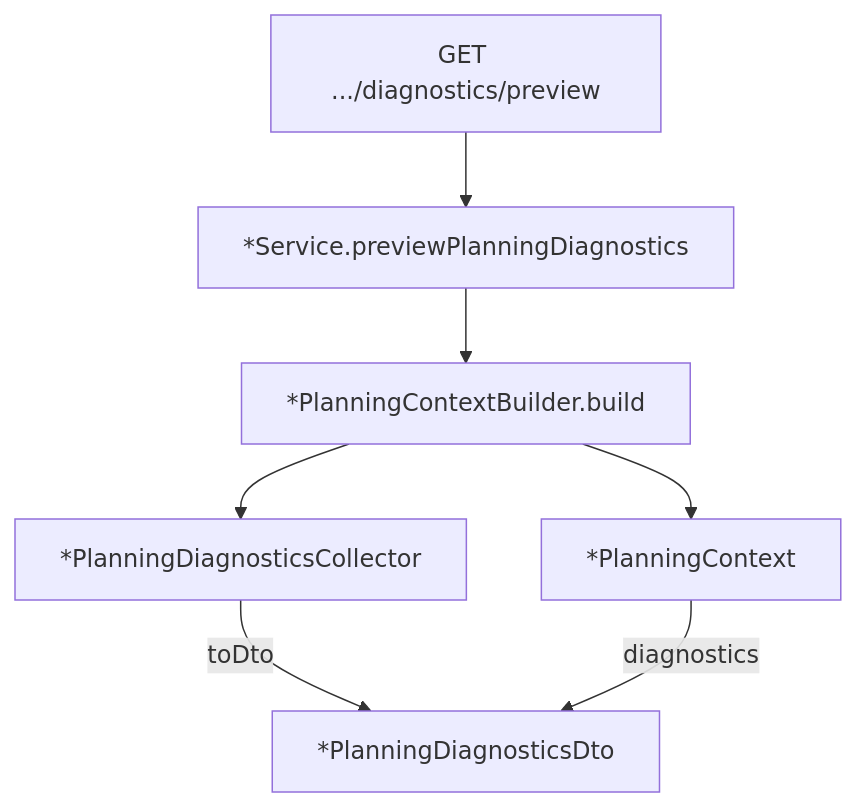
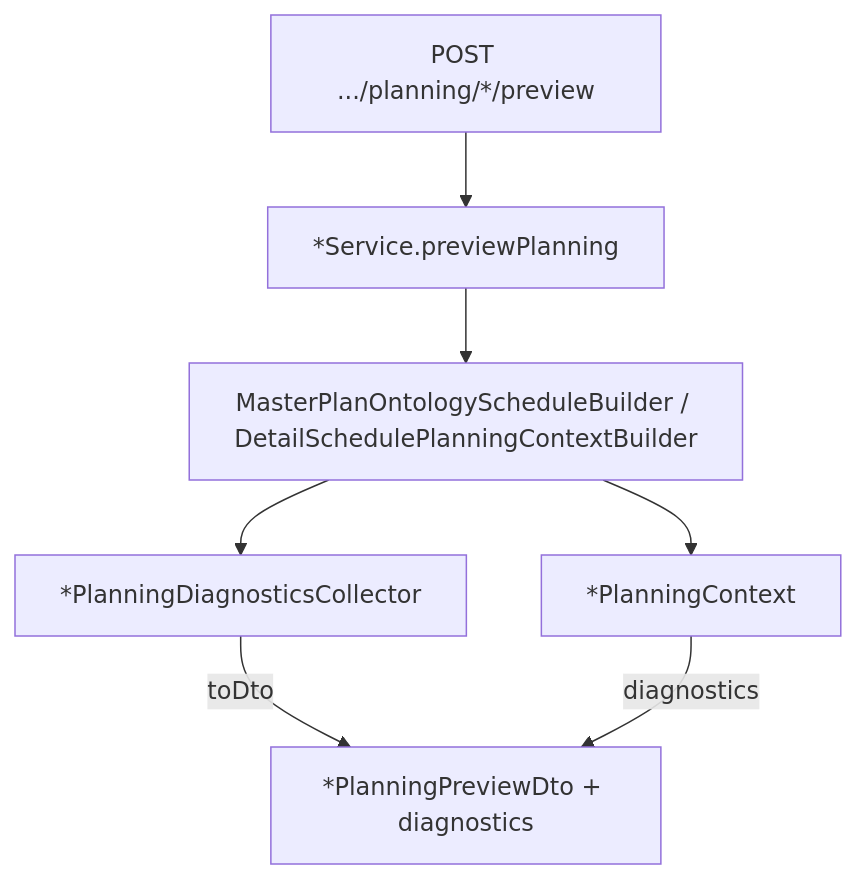
One commit to lujie1980-oss/plant-operation-plan changed the second of 2 diagrams in docs/aps-planning-layer.md. Above: the diagram before and after it, drawn with Mermaid. The commit also changed other lines of this file and 8 other files, not shown here.

````diff
--- a/docs/aps-planning-layer.md
+++ b/docs/aps-planning-layer.md
@@ -381,15 +386,15 @@
 ```mermaid
 flowchart TB
-  API["GET .../diagnostics/preview"]
-  SVC["*Service.previewPlanningDiagnostics"]
-  BLDR["*PlanningContextBuilder.build"]
+  API["POST .../planning/*/preview"]
+  SVC["*Service.previewPlanning"]
+  BLDR["MasterPlanOntologyScheduleBuilder / DetailSchedulePlanningContextBuilder"]
   COLL["*PlanningDiagnosticsCollector"]
   CTX["*PlanningContext"]
-  DTO["*PlanningDiagnosticsDto"]
+  DTO["*PlanningPreviewDto + diagnostics"]
 
   API --> SVC --> BLDR
   BLDR --> COLL
   BLDR --> CTX
   COLL -->|toDto| DTO
   CTX -->|diagnostics| DTO
 ```
````
